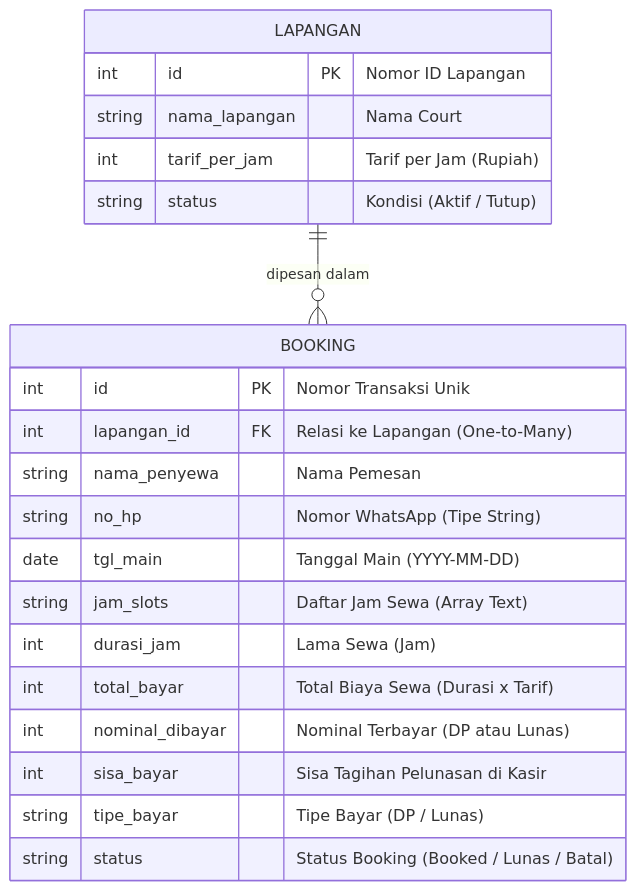
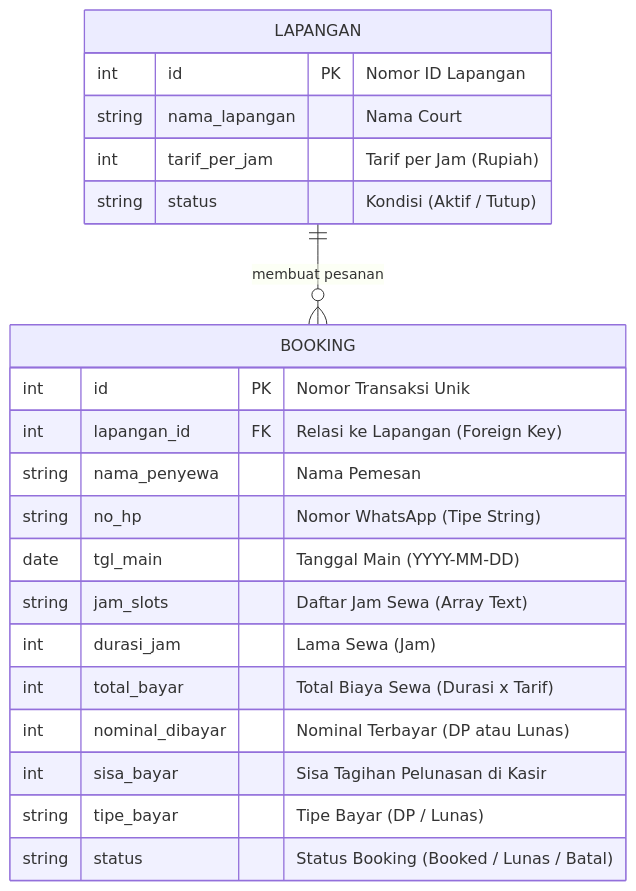
The first of 2 diagrams in ERD_UKK.md (HelloRayy/ukk-11-booking-lapangan), drawn with Mermaid before and after one commit. The commit also changed other lines of this file and 10 other files, not shown here.

Commit message:
docs: pasang diagram pdm relasi membuat pesanan biar juri ga bingung

````diff
--- a/ERD_UKK.md
+++ b/ERD_UKK.md
@@ -13,26 +13,26 @@
 ```mermaid
 erDiagram
-    LAPANGAN ||--o{ BOOKING : "dipesan dalam"
+    LAPANGAN ||--o{ BOOKING : "membuat pesanan"
 
     LAPANGAN {
         int id PK "Nomor ID Lapangan"
         string nama_lapangan "Nama Court"
         int tarif_per_jam "Tarif per Jam (Rupiah)"
         string status "Kondisi (Aktif / Tutup)"
     }
 
     BOOKING {
         int id PK "Nomor Transaksi Unik"
-        int lapangan_id FK "Relasi ke Lapangan (One-to-Many)"
+        int lapangan_id FK "Relasi ke Lapangan (Foreign Key)"
         string nama_penyewa "Nama Pemesan"
         string no_hp "Nomor WhatsApp (Tipe String)"
         date tgl_main "Tanggal Main (YYYY-MM-DD)"
         string jam_slots "Daftar Jam Sewa (Array Text)"
         int durasi_jam "Lama Sewa (Jam)"
         int total_bayar "Total Biaya Sewa (Durasi x Tarif)"
         int nominal_dibayar "Nominal Terbayar (DP atau Lunas)"
         int sisa_bayar "Sisa Tagihan Pelunasan di Kasir"
         string tipe_bayar "Tipe Bayar (DP / Lunas)"
         string status "Status Booking (Booked / Lunas / Batal)"
     }
 ```
````
